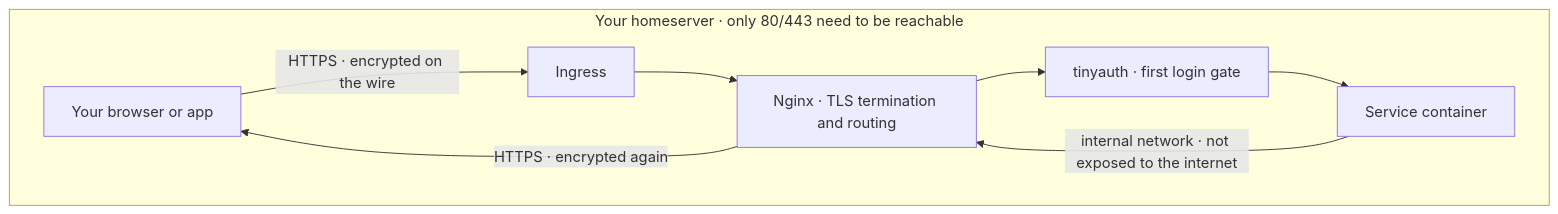
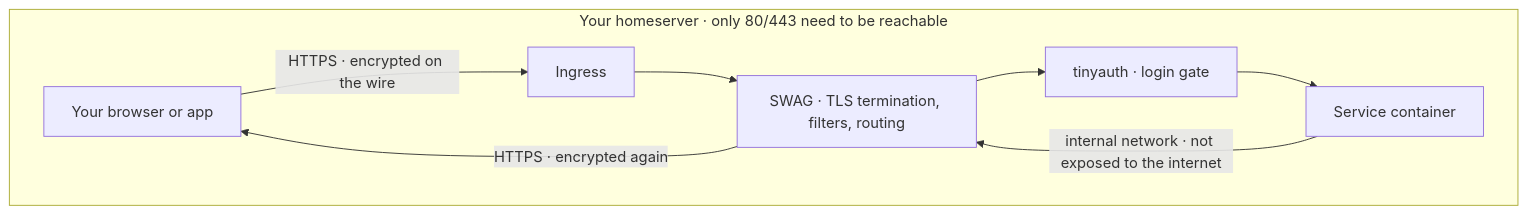
One commit to madebydamo/neo changed the first of 4 diagrams in docs/ARCHITECTURE.md. Above: the diagram before and after it, drawn with Mermaid. The commit also changed other lines of this file and 5 other files, not shown here.

````diff
--- a/docs/ARCHITECTURE.md
+++ b/docs/ARCHITECTURE.md
@@ -17,12 +17,12 @@
 ```mermaid
 flowchart TB
   USER[Your browser or app] -->|"HTTPS · encrypted on the wire"| EDGE[Ingress]
 
   subgraph host [Your homeserver · only 80/443 need to be reachable]
-    EDGE --> NGX[Nginx · TLS termination and routing]
-    NGX --> AUTH[tinyauth · first login gate]
+    EDGE --> SWAG[SWAG · TLS termination, filters, routing]
+    SWAG --> AUTH[tinyauth · login gate]
     AUTH --> APP[Service container]
-    APP -->|"internal network · not exposed to the internet"| NGX
-    NGX -->|"HTTPS · encrypted again"| USER
+    APP -->|"internal network · not exposed to the internet"| SWAG
+    SWAG -->|"HTTPS · encrypted again"| USER
   end
 ```
````
